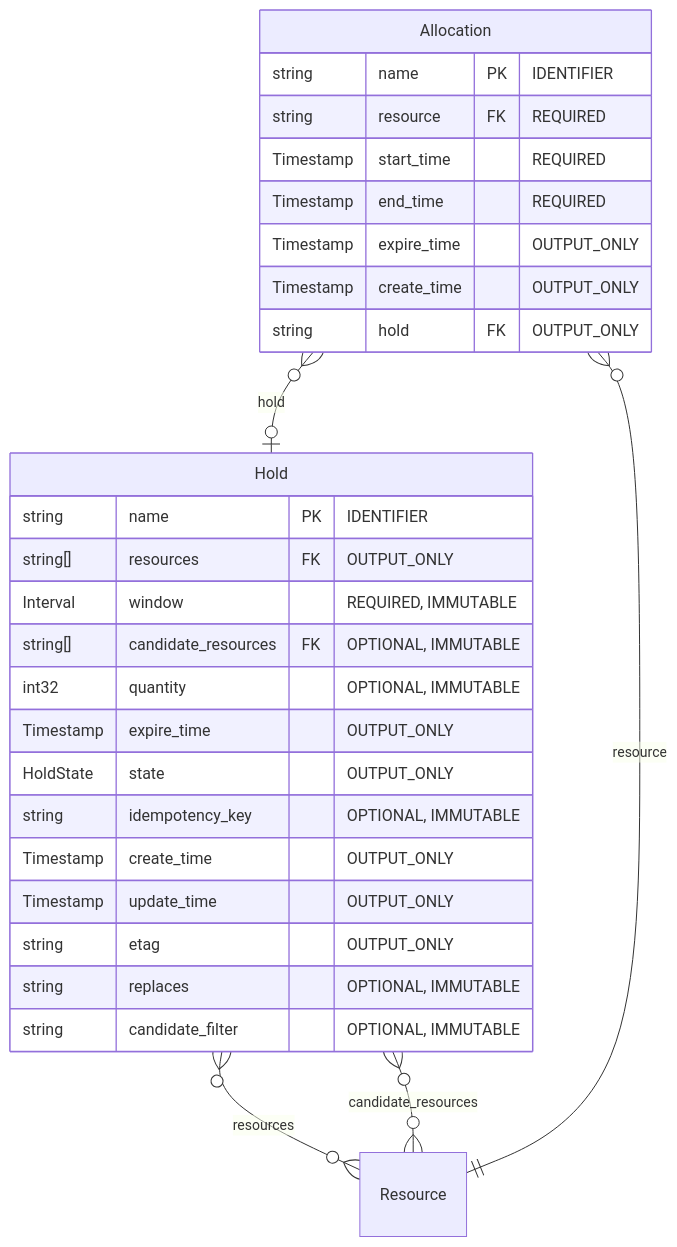
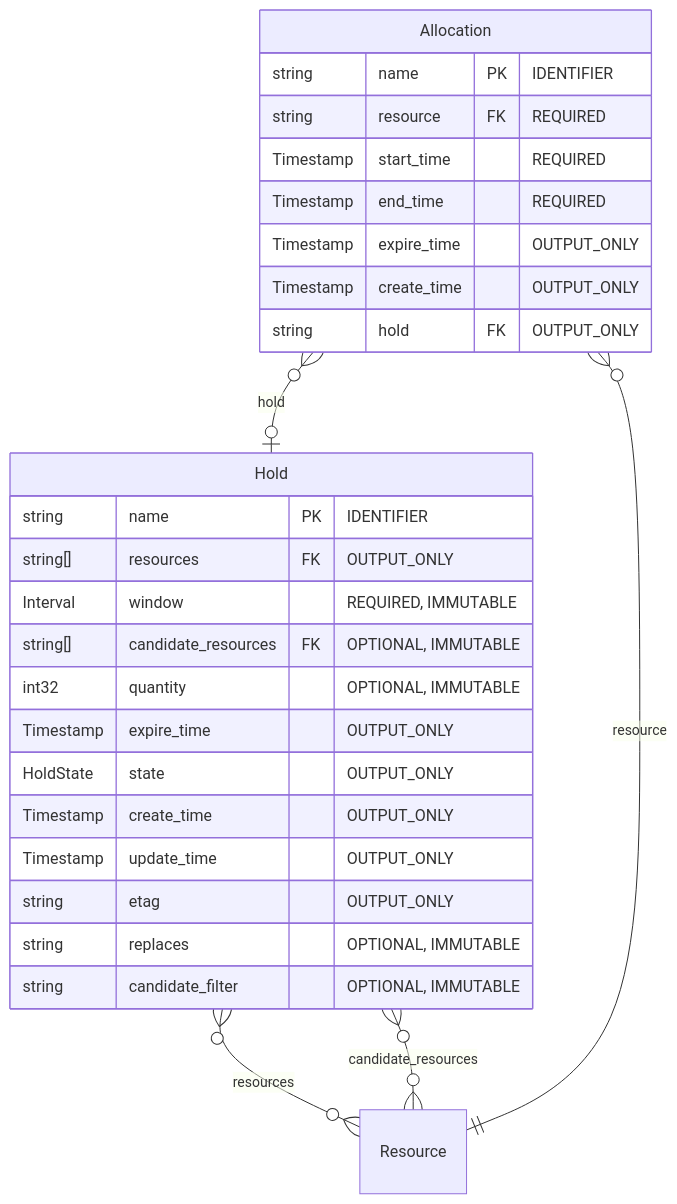
The first of 3 diagrams in protobuf/freebusy/allocation/README.md (shokki-engineering/freebusy), drawn with Mermaid before and after one commit. The commit also changed other lines of this file and 1157 other files, not shown here.

````diff
--- a/protobuf/freebusy/allocation/README.md
+++ b/protobuf/freebusy/allocation/README.md
@@ -15,31 +15,30 @@
 ```mermaid
 erDiagram
     Hold {
         string name PK "IDENTIFIER"
         string[] resources FK "OUTPUT_ONLY"
         Interval window "REQUIRED, IMMUTABLE"
         string[] candidate_resources FK "OPTIONAL, IMMUTABLE"
         int32 quantity "OPTIONAL, IMMUTABLE"
         Timestamp expire_time "OUTPUT_ONLY"
         HoldState state "OUTPUT_ONLY"
-        string idempotency_key "OPTIONAL, IMMUTABLE"
         Timestamp create_time "OUTPUT_ONLY"
         Timestamp update_time "OUTPUT_ONLY"
         string etag "OUTPUT_ONLY"
         string replaces "OPTIONAL, IMMUTABLE"
         string candidate_filter "OPTIONAL, IMMUTABLE"
     }
     Allocation {
         string name PK "IDENTIFIER"
         string resource FK "REQUIRED"
         Timestamp start_time "REQUIRED"
         Timestamp end_time "REQUIRED"
         Timestamp expire_time "OUTPUT_ONLY"
         Timestamp create_time "OUTPUT_ONLY"
         string hold FK "OUTPUT_ONLY"
     }
     Hold }o--o{ Resource : "resources"
     Hold }o--o{ Resource : "candidate_resources"
     Allocation }o--|| Resource : "resource"
     Allocation }o--o| Hold : "hold"
 ```
````
